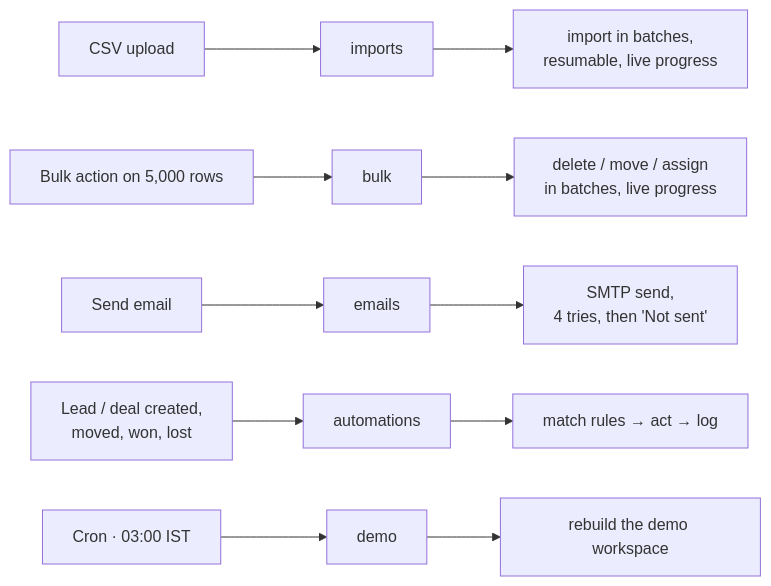
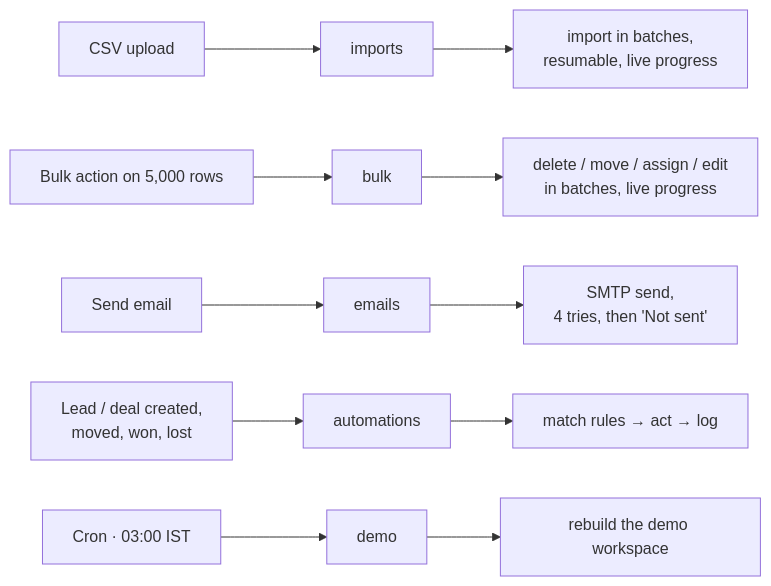
One commit to kavya-thakur/crm changed the third of 7 diagrams in README.md. Above: the diagram before and after it, drawn with Mermaid. The commit also changed other lines of this file and 13 other files, not shown here.

````diff
--- a/README.md
+++ b/README.md
@@ -322,14 +325,14 @@
 ```mermaid
 flowchart LR
     I["CSV upload"] --> QI["imports"]
     BK["Bulk action on 5,000 rows"] --> QB["bulk"]
     E["Send email"] --> QE["emails"]
     L["Lead / deal created,<br/>moved, won, lost"] --> QA["automations"]
     C["Cron · 03:00 IST"] --> QD["demo"]
 
     QI --> WI["import in batches,<br/>resumable, live progress"]
-    QB --> WB["delete / move / assign<br/>in batches, live progress"]
+    QB --> WB["delete / move / assign / edit<br/>in batches, live progress"]
     QE --> WE["SMTP send,<br/>4 tries, then 'Not sent'"]
     QA --> WA["match rules → act → log"]
     QD --> WD["rebuild the demo workspace"]
 ```
````
